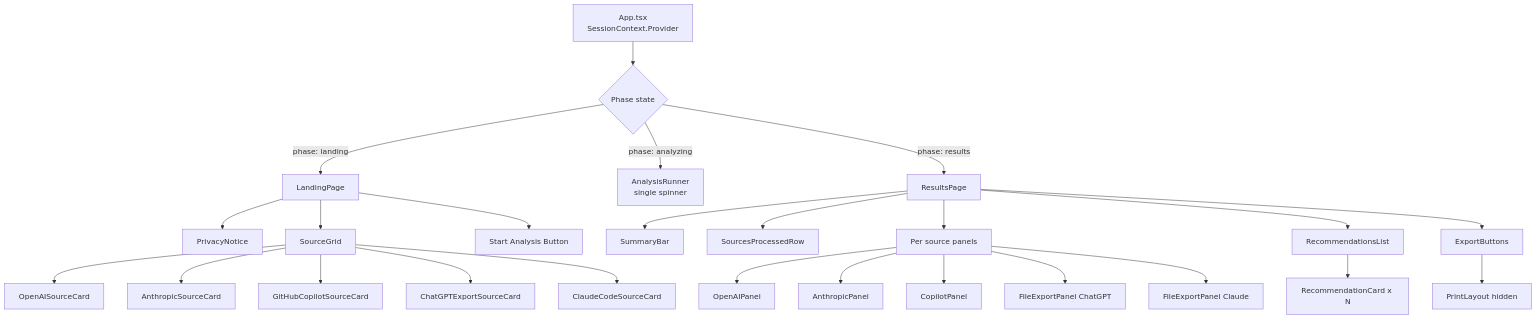
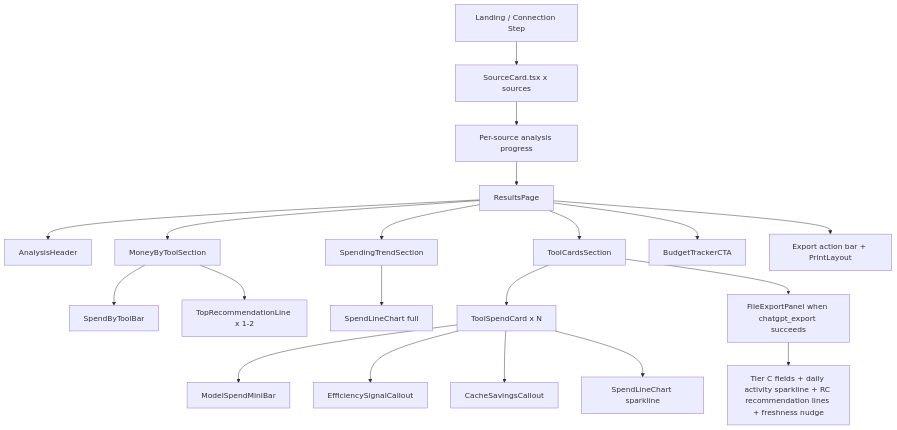
One commit to DaniHalfin/Promptly changed the fourth of 5 diagrams in docs/engineering-design.md. Above: the diagram before and after it, drawn with Mermaid. The commit also changed other lines of this file and 16 other files, not shown here.

Commit message:
feat: Phase 1 — canonical ChatGPT adapter, Tier C metrics, per-source routes

````diff
--- a/docs/engineering-design.md
+++ b/docs/engineering-design.md
@@ -1176,30 +398,22 @@
 ```mermaid
 graph TD
-    App[App.tsx<br/>SessionContext.Provider]
-    App --> Router{Phase state}
-    Router -->|phase: landing| LP[LandingPage]
-    LP --> PN[PrivacyNotice]
-    LP --> SG[SourceGrid]
-    SG --> SC1[OpenAISourceCard]
-    SG --> SC2[AnthropicSourceCard]
-    SG --> SC3[GitHubCopilotSourceCard]
-    SG --> SC4[ChatGPTExportSourceCard]
-    SG --> SC5[ClaudeCodeSourceCard]
-    LP --> StartBtn[Start Analysis Button]
-
-    Router -->|phase: analyzing| AR[AnalysisRunner<br/>single spinner]
-
-    Router -->|phase: results| RP[ResultsPage]
-    RP --> SB[SummaryBar]
-    RP --> SPR[SourcesProcessedRow]
-    RP --> Panels[Per source panels]
-    Panels --> OP[OpenAIPanel]
-    Panels --> AP[AnthropicPanel]
-    Panels --> CP[CopilotPanel]
-    Panels --> FP1[FileExportPanel ChatGPT]
-    Panels --> FP2[FileExportPanel Claude]
-    RP --> RL[RecommendationsList]
-    RL --> RC[RecommendationCard x N]
-    RP --> EB[ExportButtons]
-    EB --> PL[PrintLayout hidden]
+    LP[Landing / Connection Step] --> SC[SourceCard.tsx x sources]
+    SC --> Loading[Per-source analysis progress]
+    Loading --> RP[ResultsPage]
+    RP --> AH[AnalysisHeader]
+    RP --> MBT[MoneyByToolSection]
+    MBT --> SBT[SpendByToolBar]
+    MBT --> TR[TopRecommendationLine x 1-2]
+    RP --> ST[SpendingTrendSection]
+    ST --> SLC[SpendLineChart full]
+    RP --> TCS[ToolCardsSection]
+    TCS --> TSC[ToolSpendCard x N]
+    TCS --> FEP[FileExportPanel when chatgpt_export succeeds]
+    TSC --> MSM[ModelSpendMiniBar]
+    TSC --> ESC[EfficiencySignalCallout]
+    TSC --> CSC[CacheSavingsCallout]
+    TSC --> Spark[SpendLineChart sparkline]
+    FEP --> CFields[Tier C fields + daily activity sparkline + RC recommendation lines + freshness nudge]
+    RP --> CTA[BudgetTrackerCTA]
+    RP --> EXP[Export action bar + PrintLayout]
 ```
````
